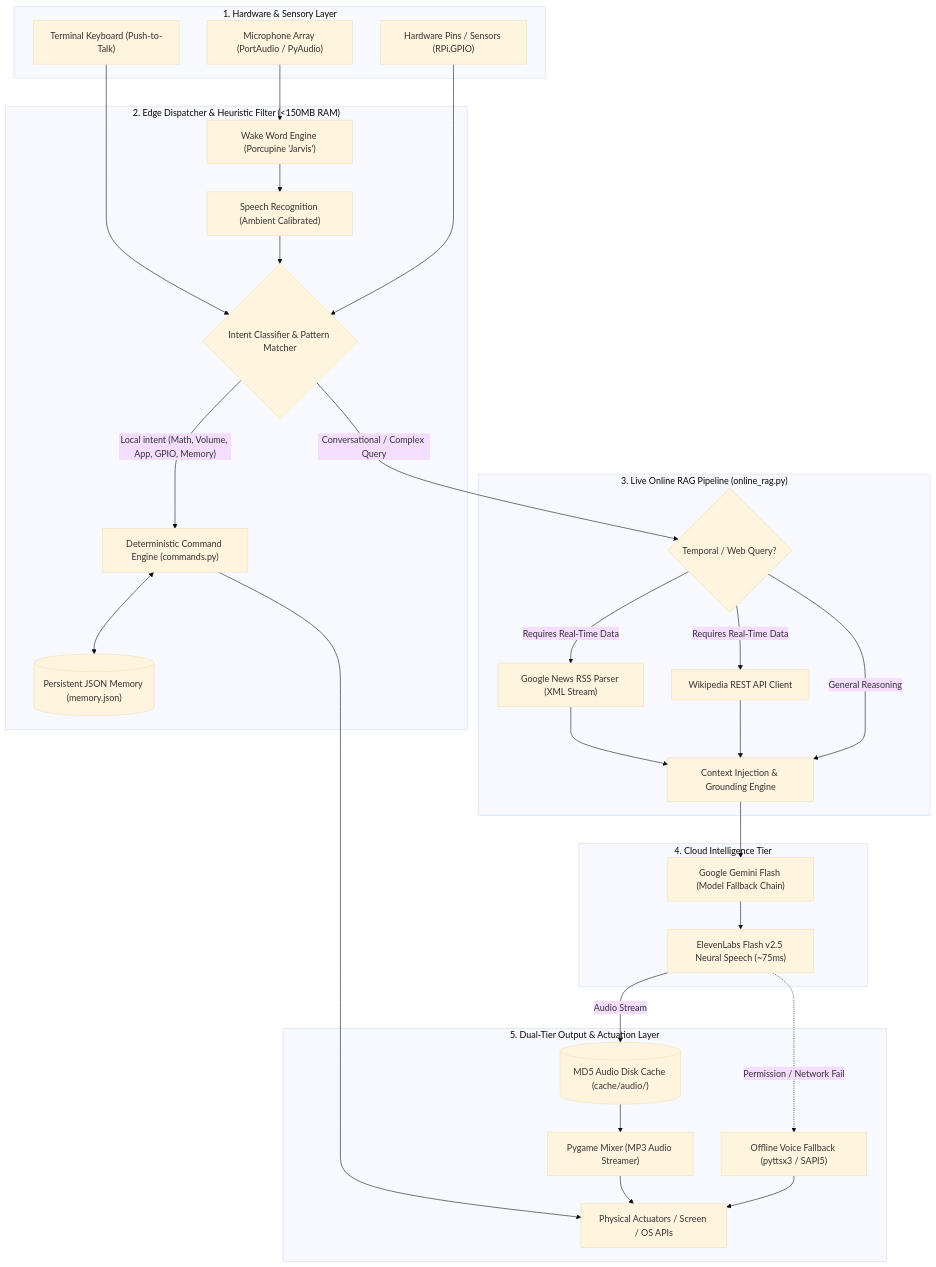
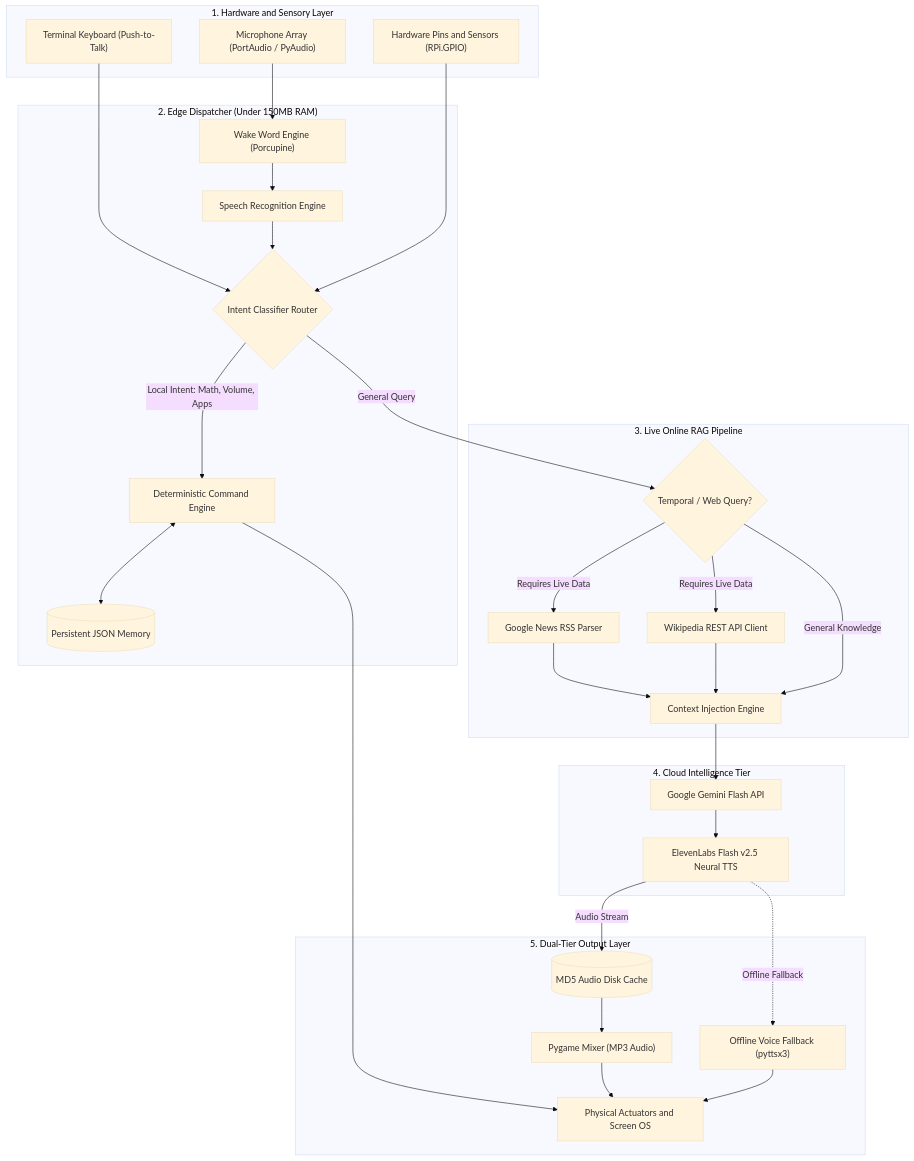
Before and after one commit to ishwaribhoyar/AI-Terminal: the first of 2 diagrams in README.md, drawn with Mermaid (base theme). The commit also changed other lines of this file, not shown here.

Commit message:
Fix GitHub Mermaid syntax: remove HTML brackets, semicolons and fix edge arrow labels

````diff
--- a/README.md
+++ b/README.md
@@ -87,61 +87,62 @@
 ```mermaid
 flowchart TD
-    subgraph SENSORY["1. Hardware & Sensory Layer"]
+    subgraph Sensory["1. Hardware and Sensory Layer"]
         MIC["Microphone Array (PortAudio / PyAudio)"]
         KEY["Terminal Keyboard (Push-to-Talk)"]
-        GPIO_IN["Hardware Pins / Sensors (RPi.GPIO)"]
+        GPIO_IN["Hardware Pins and Sensors (RPi.GPIO)"]
     end
 
-    subgraph EDGE_DISPATCH["2. Edge Dispatcher & Heuristic Filter (<150MB RAM)"]
-        WAKE["Wake Word Engine (Porcupine 'Jarvis')"]
-        STT["Speech Recognition (Ambient Calibrated)"]
-        ROUTER{"Intent Classifier & Pattern Matcher"}
-        LOCAL_CMD["Deterministic Command Engine (commands.py)"]
-        MEM_STORE[("Persistent JSON Memory (memory.json)")]
+    subgraph Edge["2. Edge Dispatcher (Under 150MB RAM)"]
+        WAKE["Wake Word Engine (Porcupine)"]
+        STT["Speech Recognition Engine"]
+        ROUTER{"Intent Classifier Router"}
+        LOCAL_CMD["Deterministic Command Engine"]
+        MEM_STORE[("Persistent JSON Memory")]
     end
 
-    subgraph RAG_CORE["3. Live Online RAG Pipeline (online_rag.py)"]
+    subgraph RAG["3. Live Online RAG Pipeline"]
         RAG_DECIDE{"Temporal / Web Query?"}
-        NEWS_INGEST["Google News RSS Parser (XML Stream)"]
+        NEWS_INGEST["Google News RSS Parser"]
         WIKI_INGEST["Wikipedia REST API Client"]
-        PROMPT_BUILDER["Context Injection & Grounding Engine"]
+        PROMPT_BUILDER["Context Injection Engine"]
     end
 
-    subgraph CLOUD_AI["4. Cloud Intelligence Tier"]
-        GEMINI["Google Gemini Flash (Model Fallback Chain)"]
-        ELEVEN["ElevenLabs Flash v2.5 Neural Speech (~75ms)"]
+    subgraph Cloud["4. Cloud Intelligence Tier"]
+        GEMINI["Google Gemini Flash API"]
+        ELEVEN["ElevenLabs Flash v2.5 Neural TTS"]
     end
 
-    subgraph OUTPUT_STREAM["5. Dual-Tier Output & Actuation Layer"]
-        CACHE[("MD5 Audio Disk Cache (cache/audio/)")]
-        PLAYER["Pygame Mixer (MP3 Audio Streamer)"]
-        FALLBACK_TTS["Offline Voice Fallback (pyttsx3 / SAPI5)"]
-        ACTUATORS["Physical Actuators / Screen / OS APIs"]
+    subgraph Output["5. Dual-Tier Output Layer"]
+        CACHE[("MD5 Audio Disk Cache")]
+        PLAYER["Pygame Mixer (MP3 Audio)"]
+        FALLBACK_TTS["Offline Voice Fallback (pyttsx3)"]
+        ACTUATORS["Physical Actuators and Screen OS"]
     end
 
-    %% Flow connections
     MIC --> WAKE
     KEY --> ROUTER
     WAKE --> STT
     STT --> ROUTER
     GPIO_IN --> ROUTER
 
-    ROUTER -- "Local intent (Math, Volume, App, GPIO, Memory)" --> LOCAL_CMD
+    ROUTER -->|Local Intent: Math, Volume, Apps| LOCAL_CMD
     LOCAL_CMD --> ACTUATORS
     LOCAL_CMD <--> MEM_STORE
 
-    ROUTER -- "Conversational / Complex Query" --> RAG_DECIDE
-    RAG_DECIDE -- "Requires Real-Time Data" --> NEWS_INGEST & WIKI_INGEST
-    NEWS_INGEST & WIKI_INGEST --> PROMPT_BUILDER
-    RAG_DECIDE -- "General Reasoning" --> PROMPT_BUILDER
+    ROUTER -->|General Query| RAG_DECIDE
+    RAG_DECIDE -->|Requires Live Data| NEWS_INGEST
+    RAG_DECIDE -->|Requires Live Data| WIKI_INGEST
+    NEWS_INGEST --> PROMPT_BUILDER
+    WIKI_INGEST --> PROMPT_BUILDER
+    RAG_DECIDE -->|General Knowledge| PROMPT_BUILDER
 
     PROMPT_BUILDER --> GEMINI
     GEMINI --> ELEVEN
     
-    ELEVEN -- "Audio Stream" --> CACHE
+    ELEVEN -->|Audio Stream| CACHE
     CACHE --> PLAYER
-    ELEVEN -. "Permission / Network Fail" .-> FALLBACK_TTS
+    ELEVEN -.->|Offline Fallback| FALLBACK_TTS
     
     PLAYER --> ACTUATORS
     FALLBACK_TTS --> ACTUATORS
 ```
````
